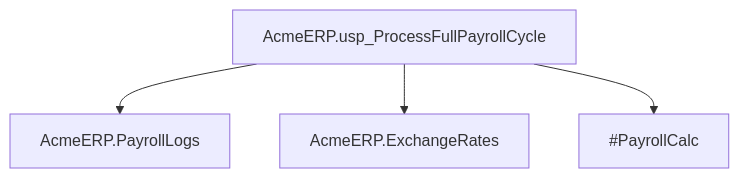
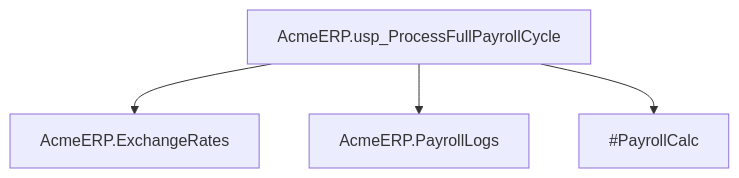
Before and after one commit to 25Jayesh10/Data_Lineage_Analyzer: the second of 7 diagrams in document/procedures.md, drawn with Mermaid. The commit also changed other lines of this file and 7 other files, not shown here.

````diff
--- a/document/procedures.md
+++ b/document/procedures.md
@@ -87,6 +91,6 @@
 ```mermaid
 graph TD
+    AcmeERP.usp_ProcessFullPayrollCycle --> AcmeERP.ExchangeRates
     AcmeERP.usp_ProcessFullPayrollCycle --> AcmeERP.PayrollLogs
-    AcmeERP.usp_ProcessFullPayrollCycle --> AcmeERP.ExchangeRates
     AcmeERP.usp_ProcessFullPayrollCycle --> #PayrollCalc
 ```
````
